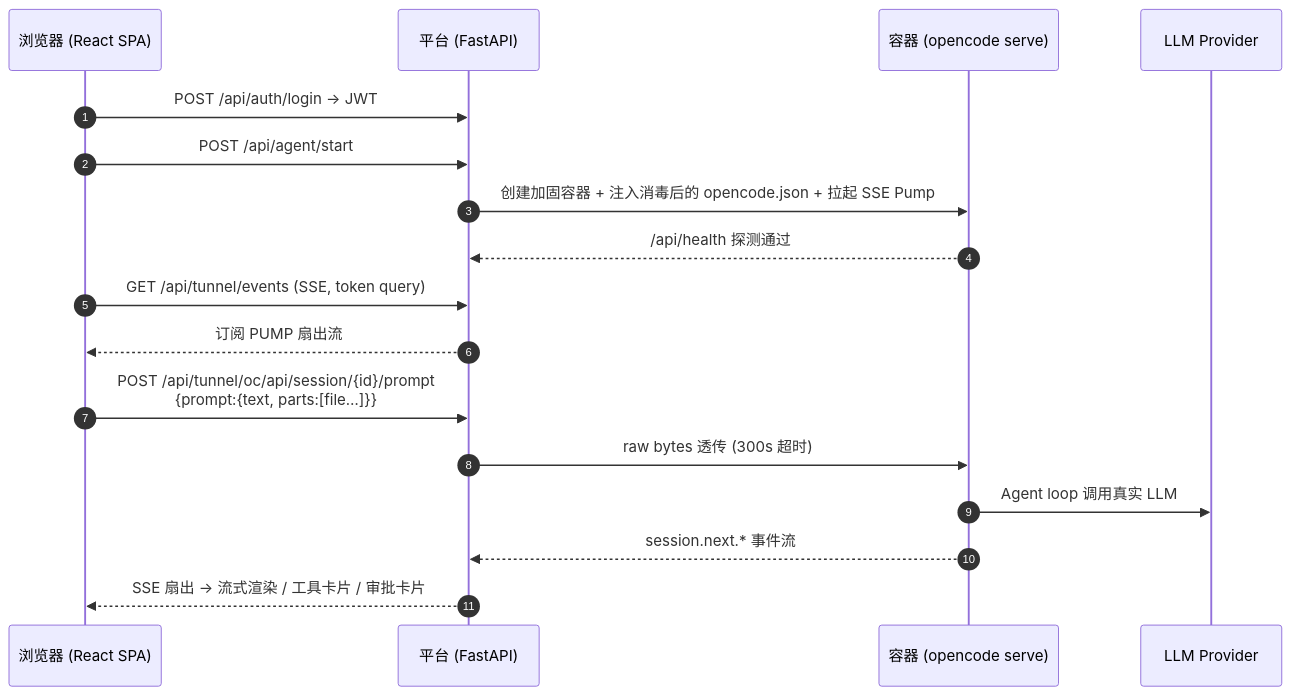
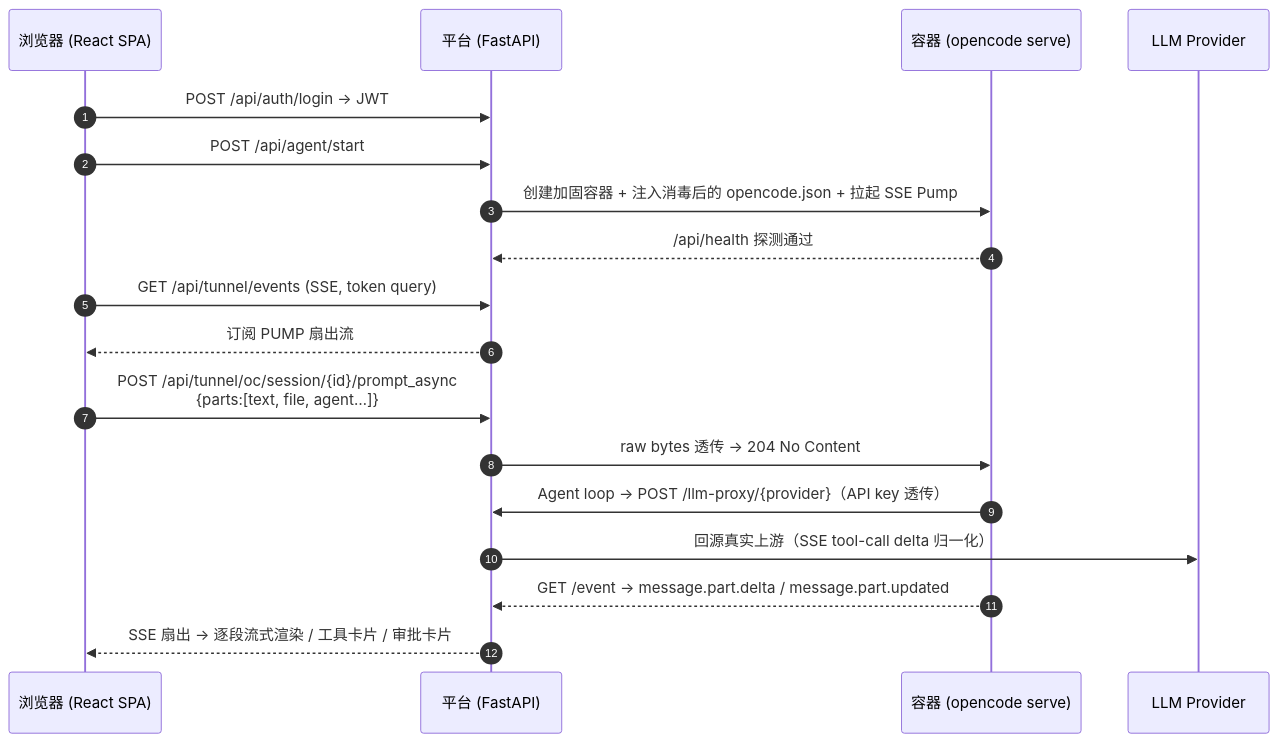
One commit to Caeser-Zhang/agent-docker-platform changed the second of 2 diagrams in README.md. Above: the diagram before and after it, drawn with Mermaid. The commit also changed other lines of this file and 11 other files, not shown here.

````diff
--- a/README.md
+++ b/README.md
@@ -79,20 +86,21 @@
 ```mermaid
 sequenceDiagram
     autonumber
     participant B as 浏览器 (React SPA)
     participant P as 平台 (FastAPI)
     participant C as 容器 (opencode serve)
     participant L as LLM Provider
 
     B->>P: POST /api/auth/login → JWT
     B->>P: POST /api/agent/start
     P->>C: 创建加固容器 + 注入消毒后的 opencode.json + 拉起 SSE Pump
     C-->>P: /api/health 探测通过
     B->>P: GET /api/tunnel/events (SSE, token query)
     P-->>B: 订阅 PUMP 扇出流
-    B->>P: POST /api/tunnel/oc/api/session/{id}/prompt<br/>{prompt:{text, parts:[file…]}}
-    P->>C: raw bytes 透传 (300s 超时)
-    C->>L: Agent loop 调用真实 LLM
-    C-->>P: session.next.* 事件流
-    P-->>B: SSE 扇出 → 流式渲染 / 工具卡片 / 审批卡片
+    B->>P: POST /api/tunnel/oc/session/{id}/prompt_async<br/>{parts:[text, file, agent…]}
+    P->>C: raw bytes 透传 → 204 No Content
+    C->>P: Agent loop → POST /llm-proxy/{provider}（API key 透传）
+    P->>L: 回源真实上游（SSE tool-call delta 归一化）
+    C-->>P: GET /event → message.part.delta / message.part.updated
+    P-->>B: SSE 扇出 → 逐段流式渲染 / 工具卡片 / 审批卡片
 ```
````
